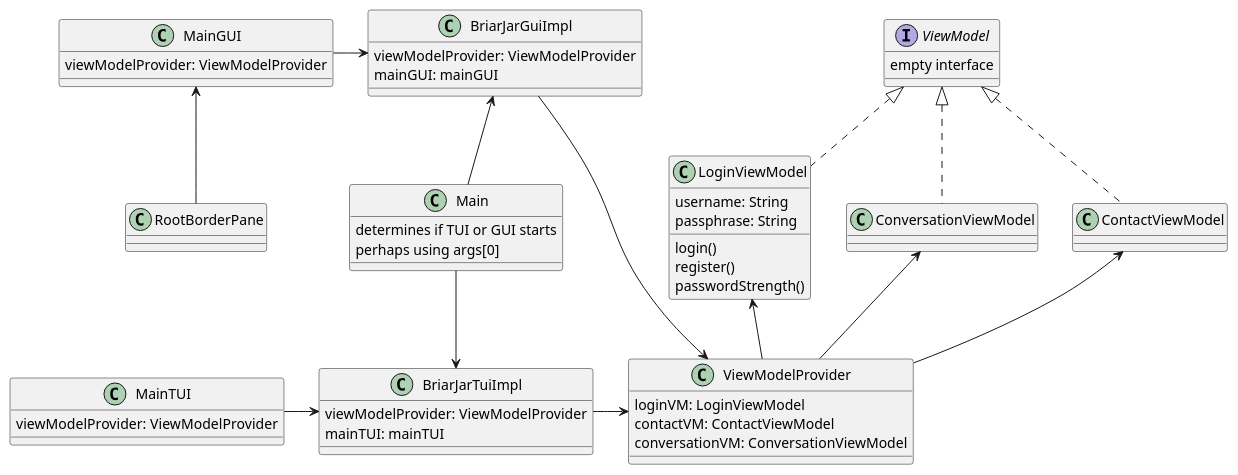
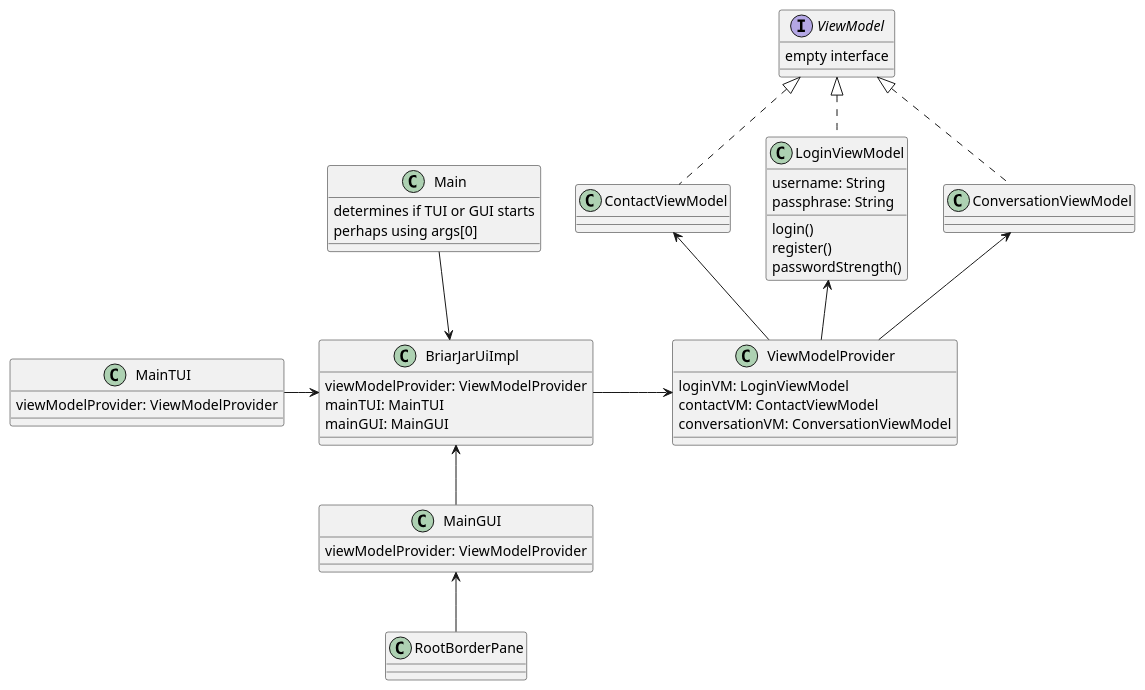
The diagram in src/plan.puml (lvyitian/briarjar), drawn with PlantUML before and after one commit.

```diff
--- a/src/plan.puml
+++ b/src/plan.puml
@@ -1,70 +1,63 @@
 @startuml
 
 class ViewModelProvider {
     loginVM: LoginViewModel
     contactVM: ContactViewModel
     conversationVM: ConversationViewModel
 }
 
 class LoginViewModel implements ViewModel {
     username: String
     passphrase: String
     login()
     register()
     passwordStrength()
 }
 
 class ContactViewModel implements ViewModel {
 
 }
 class ConversationViewModel implements ViewModel {
 
 }
 
 
 interface ViewModel {
     empty interface
 }
 
 class Main {
     determines if TUI or GUI starts
     perhaps using args[0]
 }
 
-class BriarJarTuiImpl {
+class BriarJarUiImpl {
     viewModelProvider: ViewModelProvider
-    mainTUI: mainTUI
-}
-
-class BriarJarGuiImpl {
-    viewModelProvider: ViewModelProvider
-    mainGUI: mainGUI
+    mainTUI: MainTUI
+    mainGUI: MainGUI
 }
 
 class MainTUI {
     viewModelProvider: ViewModelProvider
 }
 
 class MainGUI {
     viewModelProvider: ViewModelProvider
 }
 
 class RootBorderPane {
 
 }
 
 
 
-Main  -down-> BriarJarTuiImpl
-Main  -up-> BriarJarGuiImpl
-BriarJarTuiImpl -right-> ViewModelProvider
-MainGUI -> BriarJarGuiImpl
+Main  -down-> BriarJarUiImpl
+BriarJarUiImpl -right-> ViewModelProvider
+MainGUI -up-> BriarJarUiImpl
 RootBorderPane -up-> MainGUI
-
-BriarJarGuiImpl -down-> ViewModelProvider
-MainTUI -> BriarJarTuiImpl
+MainTUI -> BriarJarUiImpl
 
 ViewModelProvider -up-> LoginViewModel
 ViewModelProvider -up-> ContactViewModel
 ViewModelProvider -up-> ConversationViewModel
 @enduml
```
